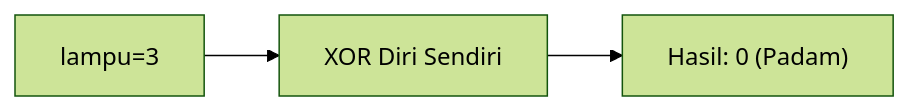
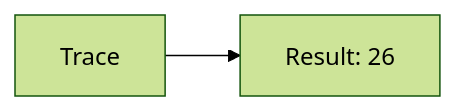
Before and after one commit to amnahwaida/OSNK_INF_PREP: diagram 12 of 25 in part-c-pemahaman-cpp/06-bitwise/latihan/set-04.md, drawn with Mermaid (forest theme). The commit also changed other lines of this file and 71 other files, not shown here.

````diff
--- a/part-c-pemahaman-cpp/06-bitwise/latihan/set-04.md
+++ b/part-c-pemahaman-cpp/06-bitwise/latihan/set-04.md
@@ -433,5 +253,4 @@
 ```mermaid
 graph LR
-A["lampu=3"] --> B["XOR Diri Sendiri"]
-B --> C["Hasil: 0 (Padam)"]
+A[Trace] --> B[Result: 26]
 ```
````
